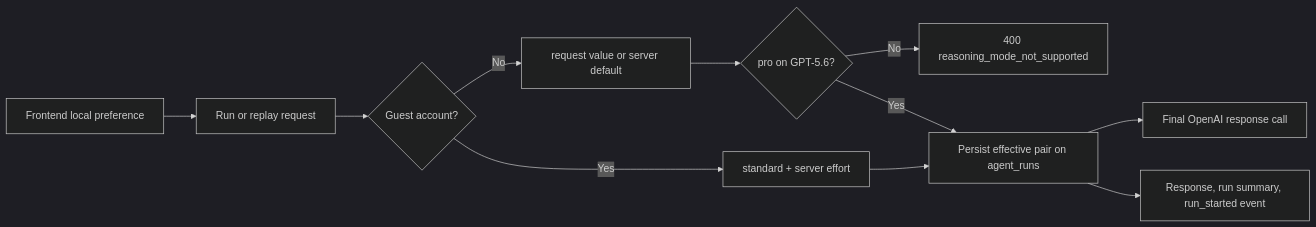
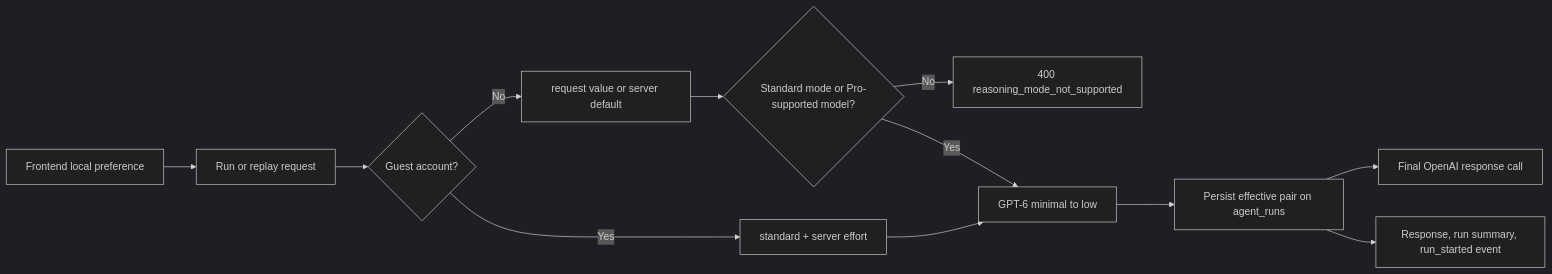
The diagram in docs/product-chat-service/en/26-run-reasoning-preferences.md (heecheon92/my-agents), drawn with Mermaid (dark theme) before and after one commit. The commit also changed other lines of this file and 20 other files, not shown here.

````diff
--- a/docs/product-chat-service/en/26-run-reasoning-preferences.md
+++ b/docs/product-chat-service/en/26-run-reasoning-preferences.md
@@ -9,13 +9,14 @@
 ```mermaid
 flowchart LR
     UI["Frontend local preference"] --> Request["Run or replay request"]
     Request --> Guest{"Guest account?"}
     Guest -->|Yes| Fixed["standard + server effort"]
     Guest -->|No| Resolve["request value or server default"]
-    Resolve --> Check{"pro on GPT-5.6?"}
+    Resolve --> Check{"Standard mode or Pro-supported model?"}
     Check -->|No| Error["400 reasoning_mode_not_supported"]
-    Check -->|Yes| Persist["Persist effective pair on agent_runs"]
-    Fixed --> Persist
+    Check -->|Yes| Normalize["GPT-6 minimal to low"]
+    Normalize --> Persist["Persist effective pair on agent_runs"]
+    Fixed --> Normalize
     Persist --> Provider["Final OpenAI response call"]
     Persist --> Contract["Response, run summary, run_started event"]
 ```
````
